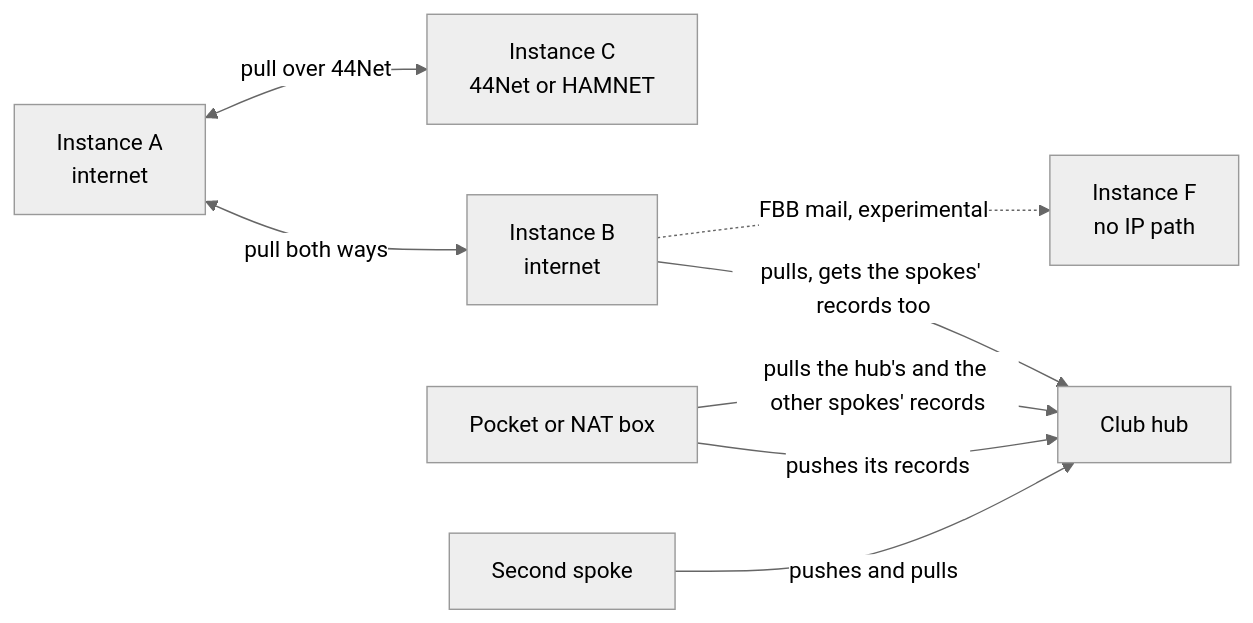
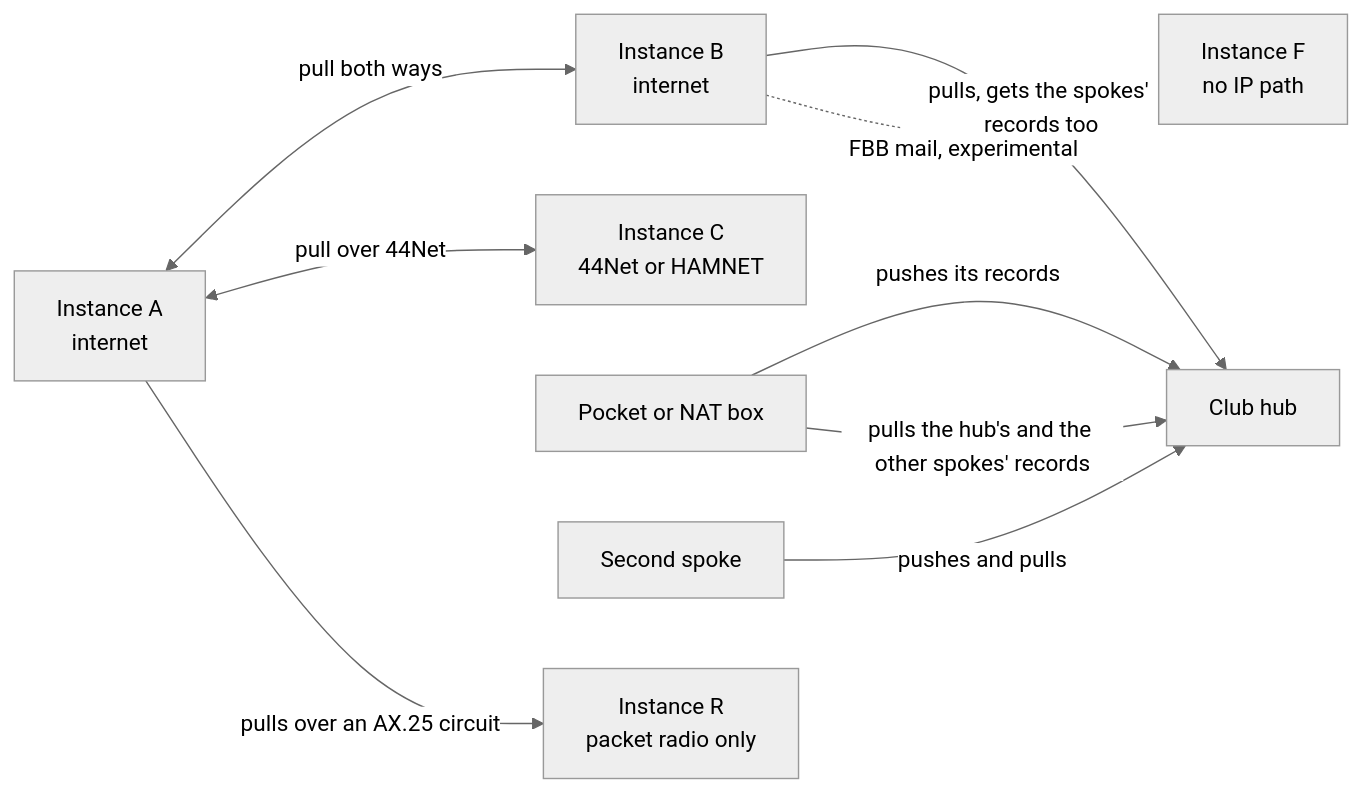
Before and after one commit to apachler/aprscaching: the first of 2 diagrams in docs/run/federation/how-it-works.md, drawn with Mermaid (neutral theme). The commit also changed other lines of this file and 30 other files, not shown here.

````diff
--- a/docs/run/federation/how-it-works.md
+++ b/docs/run/federation/how-it-works.md
@@ -67,17 +67,19 @@
 ```mermaid
 flowchart LR
   A["Instance A<br/>internet"]
   B["Instance B<br/>internet"]
   C["Instance C<br/>44Net or HAMNET"]
   H["Club hub"]
   P["Pocket or NAT box"]
   Q["Second spoke"]
+  R["Instance R<br/>packet radio only"]
   F["Instance F<br/>no IP path"]
   A <-->|pull both ways| B
   A <-->|pull over 44Net| C
   B -->|pulls, gets the spokes' records too| H
   P -->|pushes its records| H
   P -->|pulls the hub's and the other spokes' records| H
   Q -->|pushes and pulls| H
+  A -->|pulls over an AX.25 circuit| R
   B -.->|FBB mail, experimental| F
 ```
````
